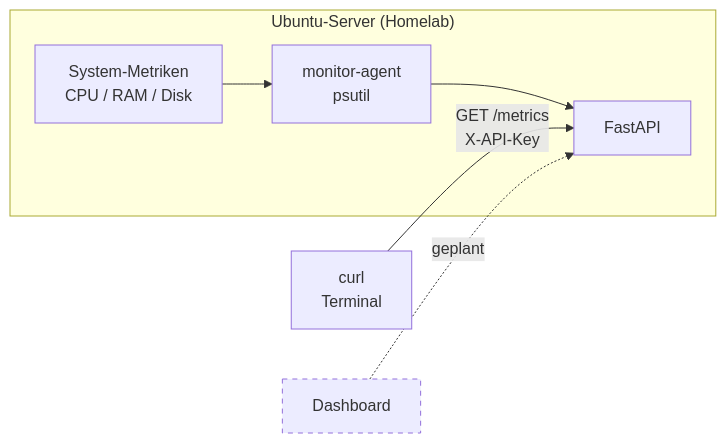
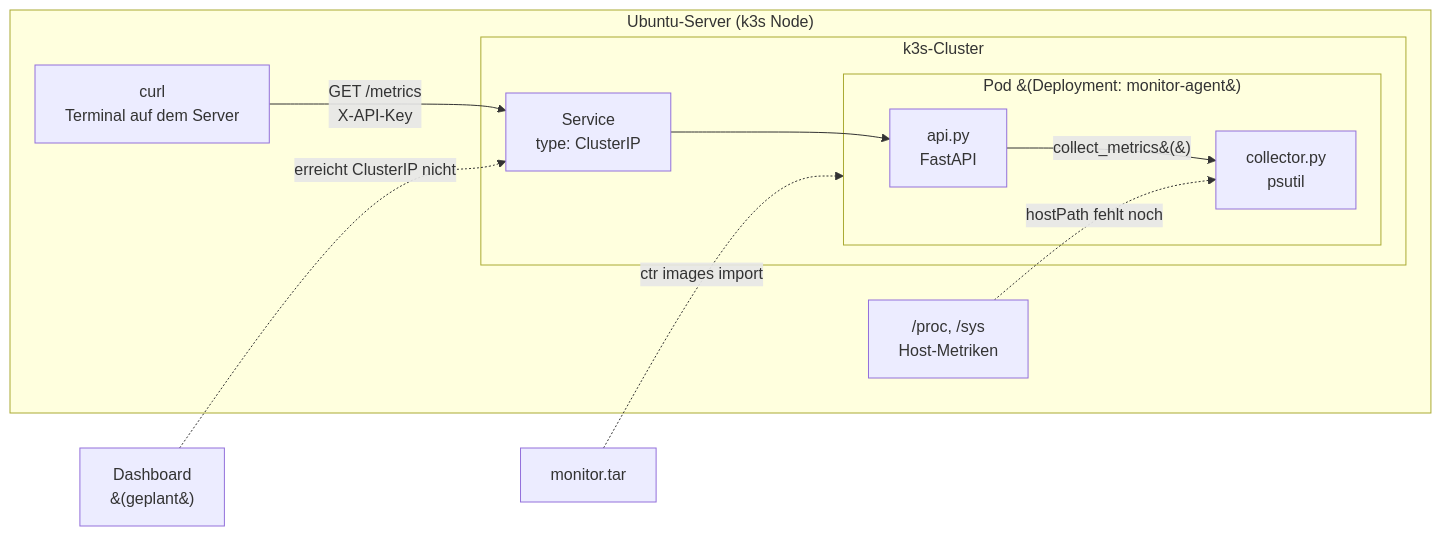
One commit to headnutAi/secure-homelab changed the diagram in README.md. Above: the diagram before and after it, drawn with Mermaid.

Commit message:
Revise architecture diagram in README.md
Updated the flowchart to reflect changes in the architecture, including the addition of k3s cluster components and their interactions.

````diff
--- a/README.md
+++ b/README.md
@@ -30,15 +30,25 @@
 ```mermaid
 flowchart LR
-    subgraph host["Ubuntu-Server (Homelab)"]
-        os["System-Metriken<br/>CPU / RAM / Disk"]
-        agent["monitor-agent<br/>psutil"]
-        api["FastAPI"]
-        os --> agent --> api
+    subgraph host["Ubuntu-Server (k3s Node)"]
+        proc["/proc, /sys<br/>Host-Metriken"]
+        curl["curl<br/>Terminal auf dem Server"]
+
+        subgraph k3s["k3s-Cluster"]
+            svc["Service<br/>type: ClusterIP"]
+
+            subgraph pod["Pod &#40;Deployment: monitor-agent&#41;"]
+                api["api.py<br/>FastAPI"]
+                col["collector.py<br/>psutil"]
+                api -->|"collect_metrics&#40;&#41;"| col
+            end
+
+            svc --> api
+        end
+
+        proc -. "hostPath fehlt noch" .-> col
+        curl -->|"GET /metrics<br/>X-API-Key"| svc
     end
 
-    curl["curl<br/>Terminal"] -->|"GET /metrics<br/>X-API-Key"| api
-
-    dash["Dashboard"] -.->|geplant| api
-
-    style dash stroke-dasharray: 5 5
+    tar["monitor.tar"] -.->|"ctr images import"| pod
+    dash["Dashboard<br/>&#40;geplant&#41;"] -.->|"erreicht ClusterIP nicht"| svc
 ```
````
